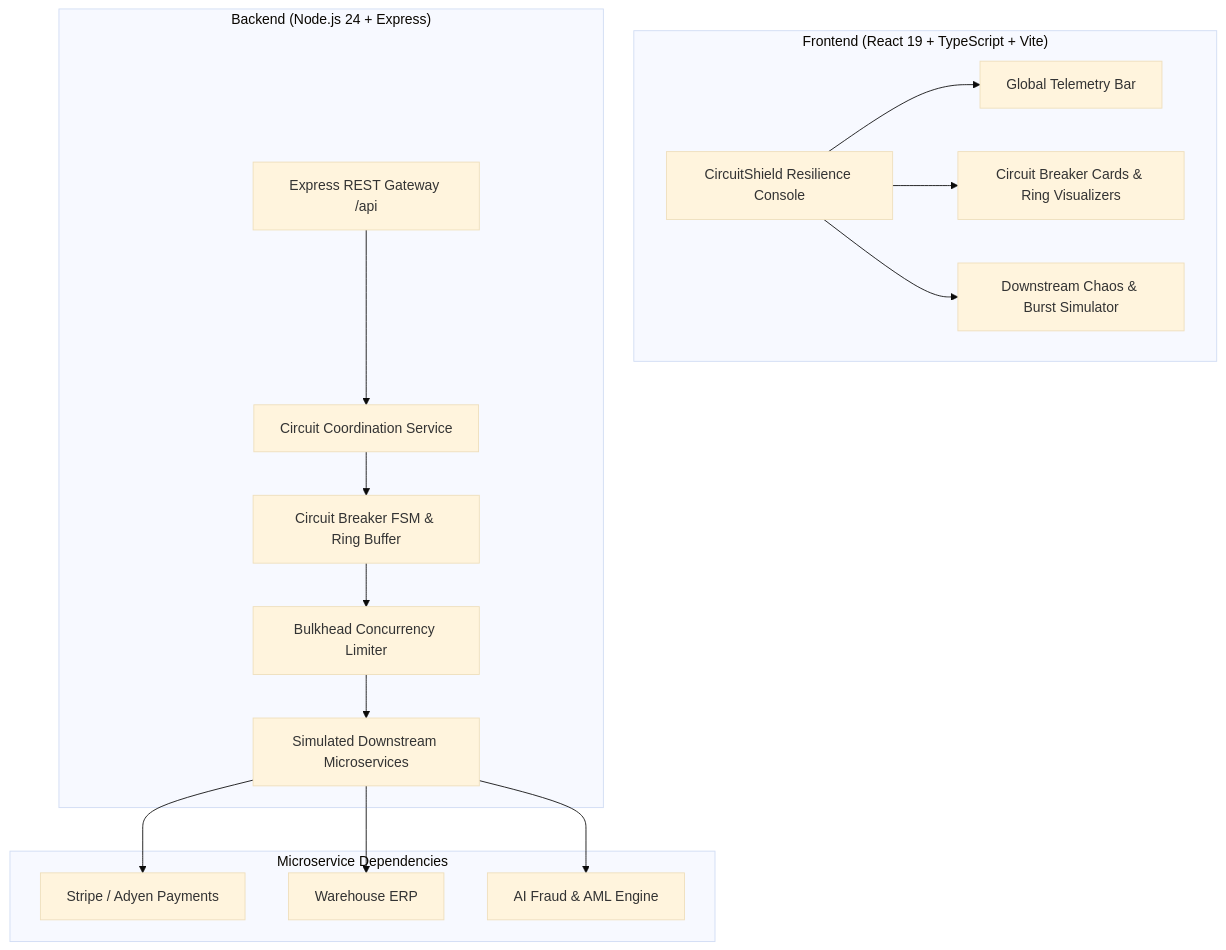
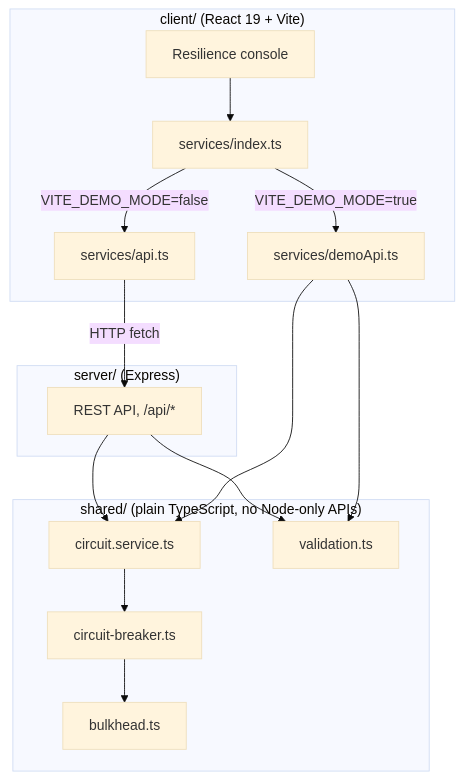
The diagram in README.md (Taan1el/circuitshield), drawn with Mermaid (base theme) before and after one commit. The commit also changed other lines of this file and 13 other files, not shown here.

````diff
--- a/README.md
+++ b/README.md
@@ -29,36 +94,33 @@
 ```mermaid
 graph TD
-    subgraph Client ["Frontend (React 19 + TypeScript + Vite)"]
-        UI[CircuitShield Resilience Console]
-        Stats[Global Telemetry Bar]
-        Cards[Circuit Breaker Cards & Ring Visualizers]
-        Chaos[Downstream Chaos & Burst Simulator]
+    subgraph ClientBox["client/ (React 19 + Vite)"]
+        UI["Resilience console"]
+        Switch["services/index.ts"]
+        RealApi["services/api.ts"]
+        DemoApi["services/demoApi.ts"]
 
-        UI --> Stats
-        UI --> Cards
-        UI --> Chaos
+        UI --> Switch
+        Switch -->|VITE_DEMO_MODE=false| RealApi
+        Switch -->|VITE_DEMO_MODE=true| DemoApi
     end
 
-    subgraph Server ["Backend (Node.js 24 + Express)"]
-        API[Express REST Gateway /api]
-        CircuitSvc[Circuit Coordination Service]
-        Breaker[Circuit Breaker FSM & Ring Buffer]
-        Bulkhead[Bulkhead Concurrency Limiter]
-        Downstream[Simulated Downstream Microservices]
+    subgraph Shared["shared/ (plain TypeScript, no Node-only APIs)"]
+        CircuitSvc["circuit.service.ts"]
+        Breaker["circuit-breaker.ts"]
+        Bulk["bulkhead.ts"]
+        Valid["validation.ts"]
 
-        API --> CircuitSvc
         CircuitSvc --> Breaker
-        Breaker --> Bulkhead
-        Bulkhead --> Downstream
+        Breaker --> Bulk
     end
 
-    subgraph DownstreamServices ["Microservice Dependencies"]
-        Payments[Stripe / Adyen Payments]
-        Inventory[Warehouse ERP]
-        Fraud[AI Fraud & AML Engine]
+    subgraph ServerBox["server/ (Express)"]
+        API["REST API, /api/*"]
+    end
 
-        Downstream --> Payments
-        Downstream --> Inventory
-        Downstream --> Fraud
-    end
+    RealApi -->|HTTP fetch| API
+    API --> Valid
+    API --> CircuitSvc
+    DemoApi --> Valid
+    DemoApi --> CircuitSvc
 ```
````
